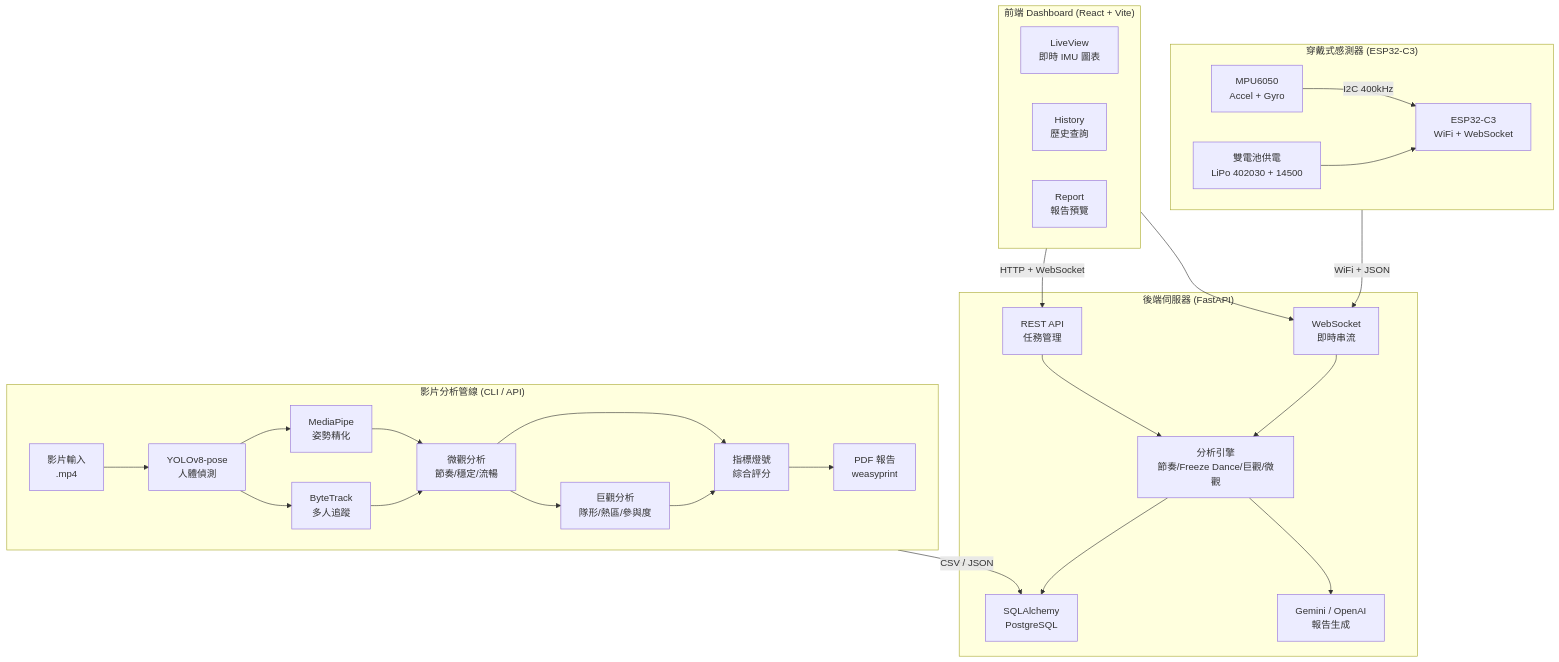
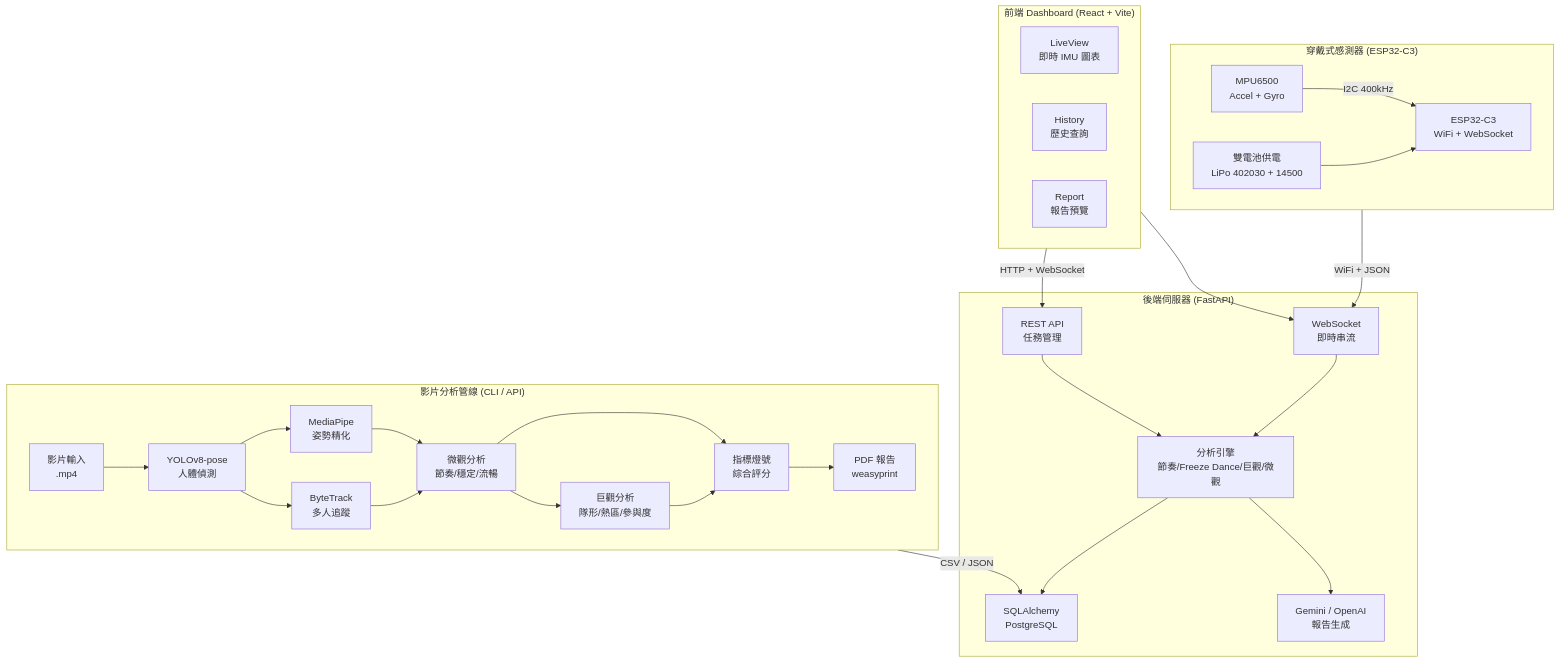
One commit to HMEAYC/NSTC changed the first of 5 diagrams in .opencode/plans/development-plan.md. Above: the diagram before and after it, drawn with Mermaid. The commit also changed other lines of this file and 7 other files, not shown here.

````diff
--- a/.opencode/plans/development-plan.md
+++ b/.opencode/plans/development-plan.md
@@ -62,53 +62,53 @@
 ```mermaid
 graph TB
     subgraph Wearable["穿戴式感測器 (ESP32-C3)"]
-        IMU[MPU6050<br/>Accel + Gyro]
+        IMU[MPU6500<br/>Accel + Gyro]
         MCU[ESP32-C3<br/>WiFi + WebSocket]
         BAT[雙電池供電<br/>LiPo 402030 + 14500]
         IMU -->|I2C 400kHz| MCU
         BAT --> MCU
     end
 
     subgraph Backend["後端伺服器 (FastAPI)"]
         WS[WebSocket<br/>即時串流]
         REST[REST API<br/>任務管理]
         ORM[SQLAlchemy<br/>PostgreSQL]
         ANALYSIS[分析引擎<br/>節奏/Freeze Dance/巨觀/微觀]
         GEMINI[Gemini / OpenAI<br/>報告生成]
         WS --> ANALYSIS
         REST --> ANALYSIS
         ANALYSIS --> ORM
         ANALYSIS --> GEMINI
     end
 
     subgraph Frontend["前端 Dashboard (React + Vite)"]
         LV[LiveView<br/>即時 IMU 圖表]
         HIST[History<br/>歷史查詢]
         REP[Report<br/>報告預覽]
     end
 
     subgraph Pipeline["影片分析管線 (CLI / API)"]
         VIDEO[影片輸入<br/>.mp4]
         YOLO[YOLOv8-pose<br/>人體偵測]
         MP[MediaPipe<br/>姿勢精化]
         TRACK[ByteTrack<br/>多人追蹤]
         MACRO[巨觀分析<br/>隊形/熱區/參與度]
         MICRO[微觀分析<br/>節奏/穩定/流暢]
         METRIC[指標燈號<br/>綜合評分]
         PDF[PDF 報告<br/>weasyprint]
         VIDEO --> YOLO
         YOLO --> MP
         YOLO --> TRACK
         MP --> MICRO
         TRACK --> MICRO
         MICRO --> MACRO
         MICRO --> METRIC
         MACRO --> METRIC
         METRIC --> PDF
     end
 
     Wearable -->|WiFi + JSON| WS
     Frontend -->|HTTP + WebSocket| REST
     Frontend --> WS
     Pipeline -->|CSV / JSON| ORM
 ```
````
